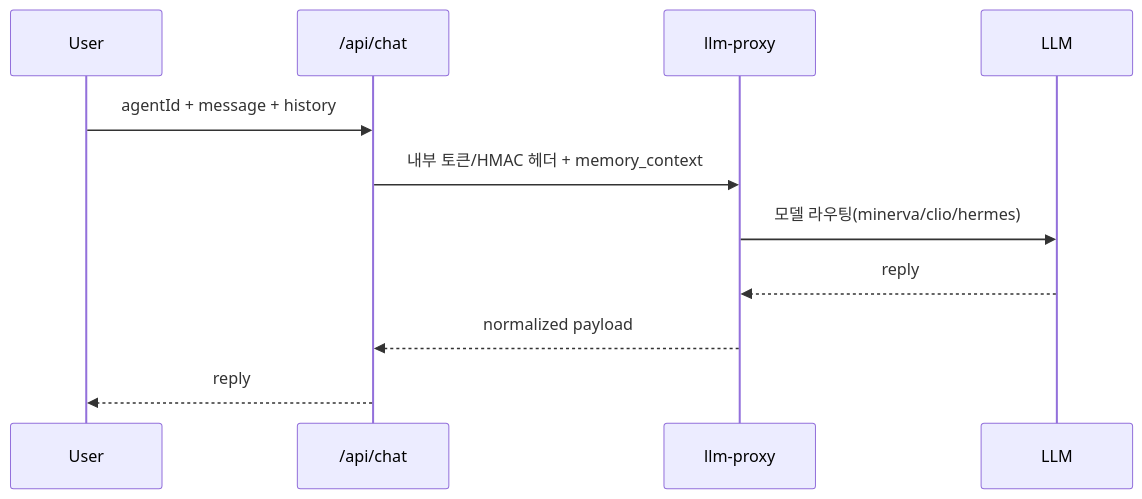
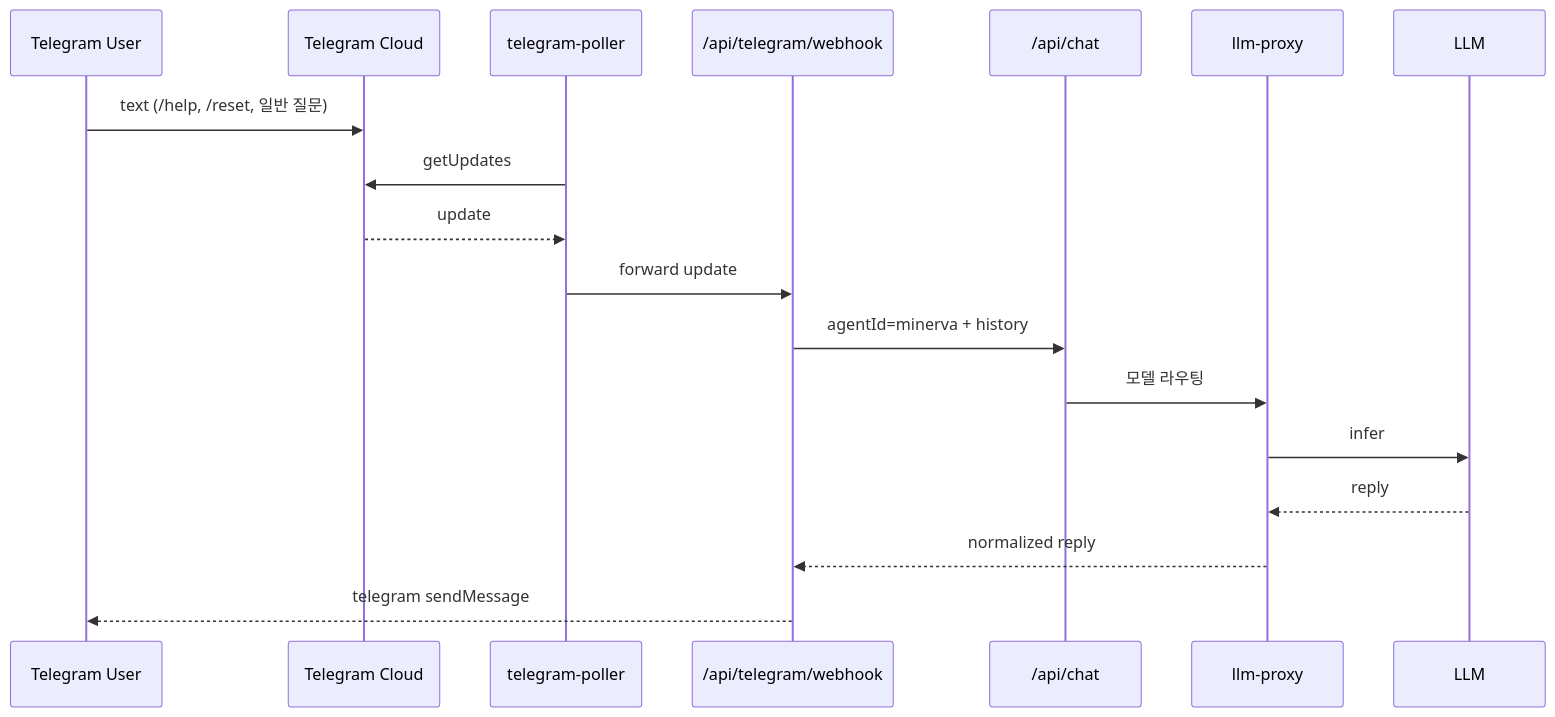
Before and after one commit to Merchantlee99/Personal-AI-agent-v2: the second of 5 diagrams in docs/ARCHITECTURE.md, drawn with Mermaid. The commit also changed other lines of this file and 136 other files, not shown here.

````diff
--- a/docs/ARCHITECTURE.md
+++ b/docs/ARCHITECTURE.md
@@ -70,14 +81,21 @@
 ```mermaid
 sequenceDiagram
-  participant U as User
+  participant U as Telegram User
+  participant T as Telegram Cloud
+  participant TP as telegram-poller
+  participant W as /api/telegram/webhook
   participant C as /api/chat
-  participant P as llm-proxy
+  participant PX as llm-proxy
   participant L as LLM
 
-  U->>C: agentId + message + history
-  C->>P: 내부 토큰/HMAC 헤더 + memory_context
-  P->>L: 모델 라우팅(minerva/clio/hermes)
-  L-->>P: reply
-  P-->>C: normalized payload
-  C-->>U: reply
+  U->>T: text (/help, /reset, 일반 질문)
+  TP->>T: getUpdates
+  T-->>TP: update
+  TP->>W: forward update
+  W->>C: agentId=minerva + history
+  C->>PX: 모델 라우팅
+  PX->>L: infer
+  L-->>PX: reply
+  PX-->>W: normalized reply
+  W-->>U: telegram sendMessage
 ```
````
